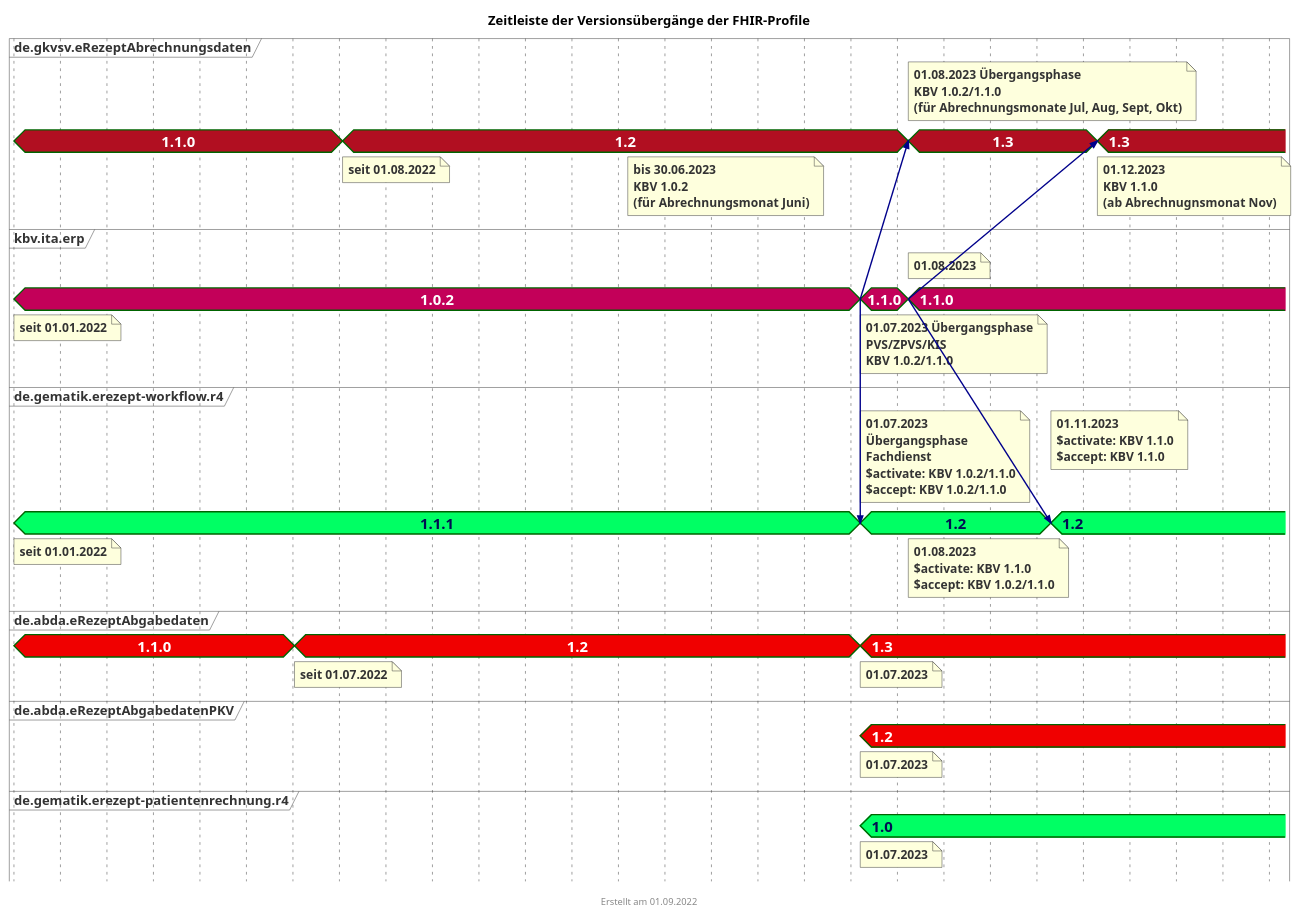
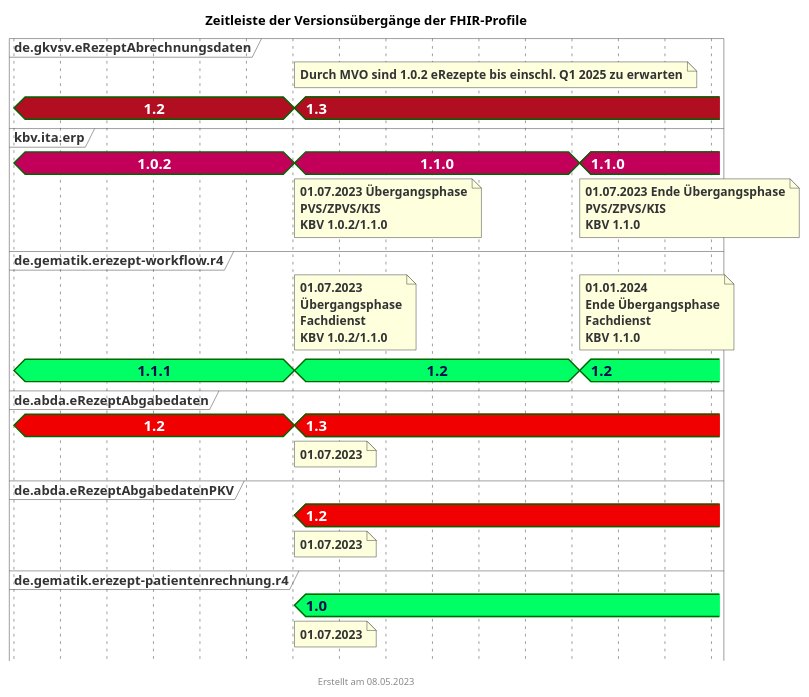
One commit to gematik/api-erp changed the diagram in puml/fhir_version_timeline.puml. Above: the diagram before and after it, drawn with PlantUML. The commit also changed 1 other file, not shown here.

Commit message:
Edit fhir version timeline puml

```diff
--- a/puml/fhir_version_timeline.puml
+++ b/puml/fhir_version_timeline.puml
@@ -1,110 +1,73 @@
 @startuml fhir_version_timeline
 <style>
 timingDiagram {
   .kbvcolor {
     FontColor #ffffff
     Fontsize 16
     FontStyle bold
     Backgroundcolor #c30059
   }
   .gematikcolor {
     FontColor #000e52
     Fontsize 16
     FontStyle bold
     Backgroundcolor #00ff64
   }
   .davcolor {
     FontColor #ffffff
     Fontsize 16
     FontStyle bold
     BackgroundColor #f00000
   }
   .gkvcolor {
     FontColor #ffffff
     Fontsize 16
     FontStyle bold
     BackgroundColor #b10f21
   }
 }
 </style>
 title Zeitleiste der Versionsübergänge der FHIR-Profile
-footer Erstellt am 01.09.2022
+footer Erstellt am 08.05.2023
 
 concise "de.gkvsv.eRezeptAbrechnungsdaten" as GKV <<gkvcolor>>
 concise "kbv.ita.erp" as KBV <<kbvcolor>>
 concise "de.gematik.erezept-workflow.r4" as gematik <<gematikcolor>>
 concise "de.abda.eRezeptAbgabedaten" as DAV <<davcolor>>
 concise "de.abda.eRezeptAbgabedatenPKV" as PKV <<davcolor>>
 concise "de.gematik.erezept-patientenrechnung.r4" as gematikpkv <<gematikcolor>>
 
 
 '30 days is scaled to 50 pixels
 scale 2592000 as 50 pixels
 hide time-axis
 
-@2022/01/01
-note bottom of KBV : seit 01.01.2022
+@2023/01/01
+GKV is 1.2
 KBV is 1.0.2
-note bottom of gematik : seit 01.01.2022
+DAV is 1.2
 gematik is 1.1.1
-DAV is 1.1.0
-GKV is 1.1.0
-
-@2022/07/01
-note bottom of DAV : seit 01.07.2022
-DAV is 1.2
-
-
-@2022/08/01
-note bottom of GKV : seit 01.08.2022
-GKV is 1.2
-
-@2023/02/01
-note bottom of GKV : bis 30.06.2023\nKBV 1.0.2\n(für Abrechnungsmonat Juni)
-
-@2023/06/15
-'KBV -> GKV@2023/07/01
 
 @2023/07/01
-note bottom of KBV : 01.07.2023 Übergangsphase\nPVS/ZPVS/KIS \nKBV 1.0.2/1.1.0
+note bottom of KBV : 01.07.2023 Übergangsphase\nPVS/ZPVS/KIS\nKBV 1.0.2/1.1.0
 note bottom of PKV : 01.07.2023
-note top of gematik : 01.07.2023\nÜbergangsphase\nFachdienst\n$activate: KBV 1.0.2/1.1.0\n$accept: KBV 1.0.2/1.1.0
+note top of gematik : 01.07.2023\nÜbergangsphase\nFachdienst\nKBV 1.0.2/1.1.0
 note bottom of gematikpkv : 01.07.2023
 note bottom of DAV : 01.07.2023
+note top of GKV : Durch MVO sind 1.0.2 eRezepte bis einschl. Q1 2025 zu erwarten
 KBV is 1.1.0
-KBV -> gematik@2023/07/01
-KBV -> GKV@2023/08/01
 gematik is 1.2
 gematikpkv is 1.0
 DAV is 1.3
 PKV is 1.2
-
-@2023/08/01
-KBV -> gematik@2023/11/01
-KBV -> GKV@2023/12/01
-note top of KBV : 01.08.2023
-note bottom of gematik : 01.08.2023\n$activate: KBV 1.1.0\n$accept: KBV 1.0.2/1.1.0
-note top of GKV : 01.08.2023 Übergangsphase\nKBV 1.0.2/1.1.0\n(für Abrechnungsmonate Jul, Aug, Sept, Okt)
-KBV is 1.1.0
 GKV is 1.3
 
-
-@2023/09/01
-
-
-@2023/10/01
-
-
-@2023/11/01
-note top of gematik : 01.11.2023\n$activate: KBV 1.1.0\n$accept: KBV 1.1.0
+@2024/01/01
+note bottom of KBV : 01.07.2023 Ende Übergangsphase\nPVS/ZPVS/KIS\nKBV 1.1.0
+note top of gematik : 01.01.2024\nEnde Übergangsphase\nFachdienst\nKBV 1.1.0
+KBV is 1.1.0
 gematik is 1.2
-
-@2023/12/01
-note bottom of GKV : 01.12.2023\nKBV 1.1.0\n(ab Abrechnugnsmonat Nov)
-GKV is 1.3
-
-
 
 @2024/03/01
 
 @enduml
```
